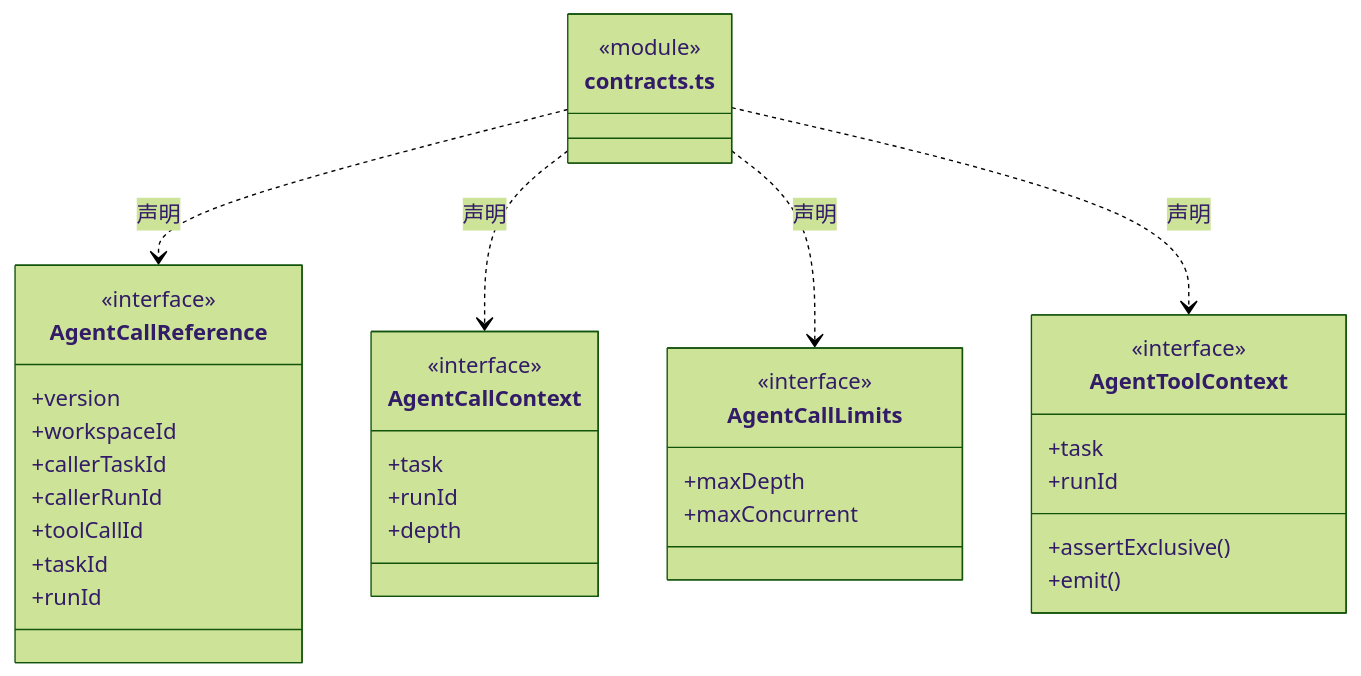
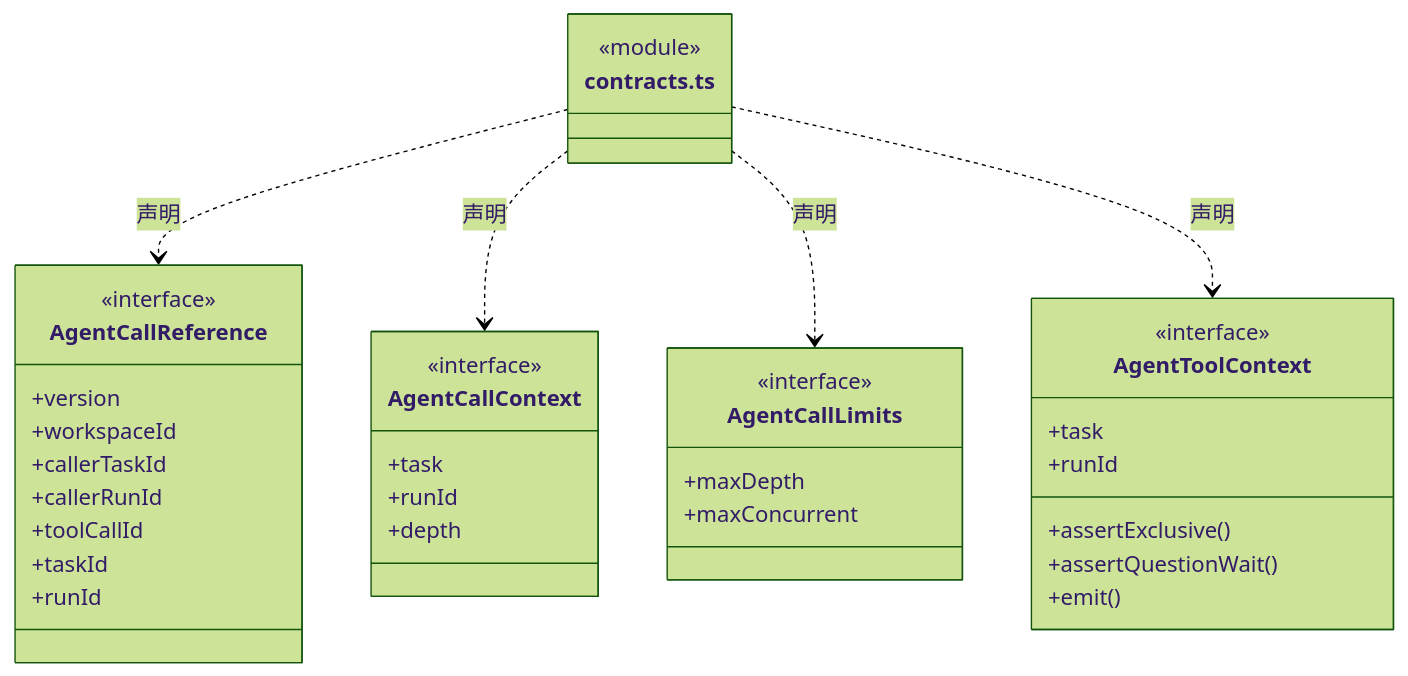
One commit to nan023062/cbim changed the second of 10 diagrams in src/logic/agents/ARCHITECTURE.md. Above: the diagram before and after it, drawn with Mermaid (forest theme). The commit also changed other lines of this file and 39 other files, not shown here.

````diff
--- a/src/logic/agents/ARCHITECTURE.md
+++ b/src/logic/agents/ARCHITECTURE.md
@@ -54,38 +55,39 @@
 ```mermaid
 classDiagram
 class N_src_logic_agents_contracts_ts["contracts.ts"] {
   <<module>>
 }
 class N_src_logic_agents_contracts_ts_AgentCallReference["AgentCallReference"] {
   <<interface>>
   +version
   +workspaceId
   +callerTaskId
   +callerRunId
   +toolCallId
   +taskId
   +runId
 }
 N_src_logic_agents_contracts_ts ..> N_src_logic_agents_contracts_ts_AgentCallReference : 声明
 class N_src_logic_agents_contracts_ts_AgentCallContext["AgentCallContext"] {
   <<interface>>
   +task
   +runId
   +depth
 }
 N_src_logic_agents_contracts_ts ..> N_src_logic_agents_contracts_ts_AgentCallContext : 声明
 class N_src_logic_agents_contracts_ts_AgentCallLimits["AgentCallLimits"] {
   <<interface>>
   +maxDepth
   +maxConcurrent
 }
 N_src_logic_agents_contracts_ts ..> N_src_logic_agents_contracts_ts_AgentCallLimits : 声明
 class N_src_logic_agents_contracts_ts_AgentToolContext["AgentToolContext"] {
   <<interface>>
   +task
   +runId
   +assertExclusive()
+  +assertQuestionWait()
   +emit()
 }
 N_src_logic_agents_contracts_ts ..> N_src_logic_agents_contracts_ts_AgentToolContext : 声明
 ```
````
